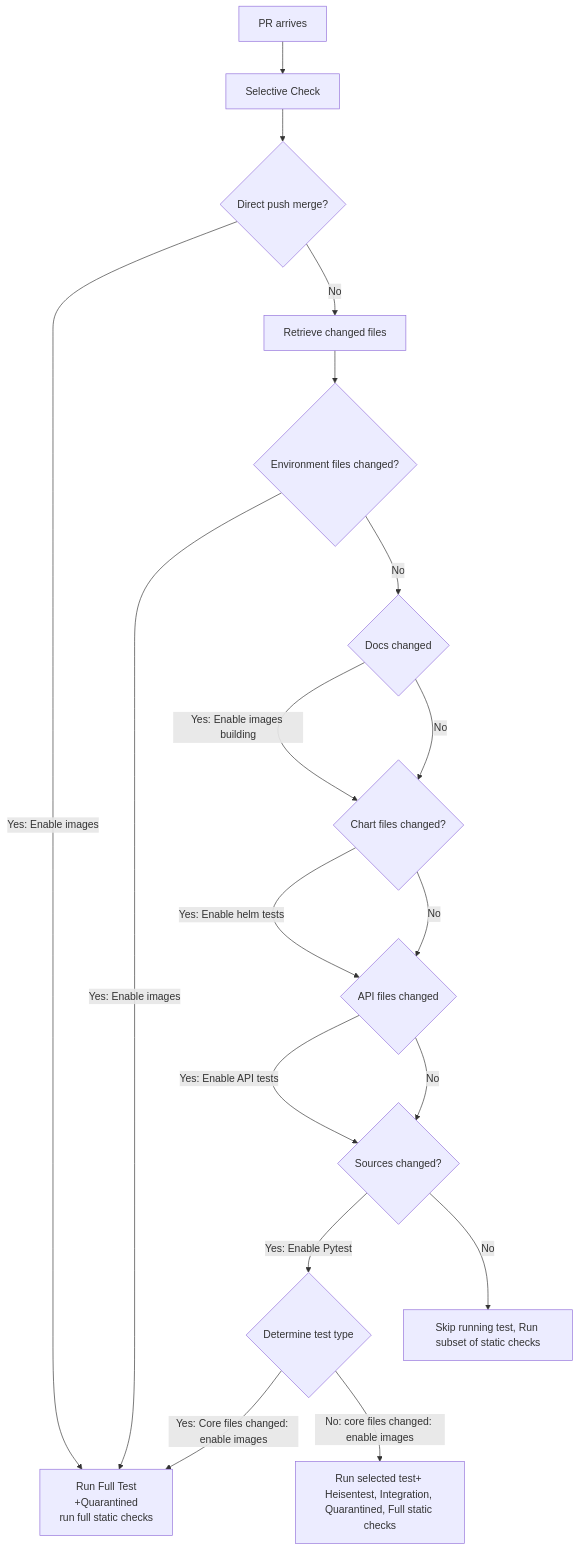
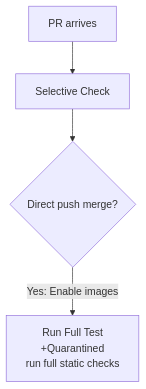
Before and after one commit to edithturn/elementary-readme: the diagram in README.md, drawn with Mermaid.

Commit message:
mermaid fix

````diff
--- a/README.md
+++ b/README.md
@@ -161,20 +161,6 @@
 ```mermaid
 flowchart TD
 A[PR arrives]-->B[Selective Check]
 B-->C{Direct push merge?}
 C-->|Yes: Enable images| D[Run Full Test<br />+Quarantined<br />run full static checks]
-C-->|No| E[Retrieve changed files]
-E-->F{Environment files changed?}
-F-->|Yes: Enable images| D
-F-->|No| G{Docs changed}
-G-->|Yes: Enable images building| I{Chart files changed?}
-G-->|No| I
-I-->|Yes: Enable helm tests| J{API files changed}
-I-->|No| J
-J-->|Yes: Enable API tests| H{Sources changed?}
-J-->|No| H
-H-->|Yes: Enable Pytest| K{Determine test type}
-K-->|Yes: Core files changed: enable images| D
-K-->|No: core files changed: enable images| M[Run selected test+ Heisentest, Integration, Quarantined, Full static checks] 
-H-->|No| L[Skip running test, Run subset of static checks]
 ```
````
